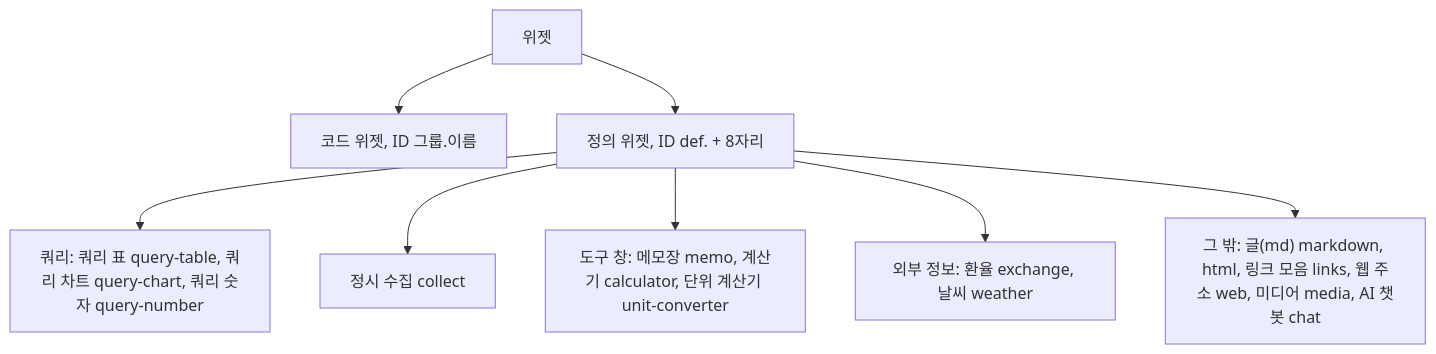
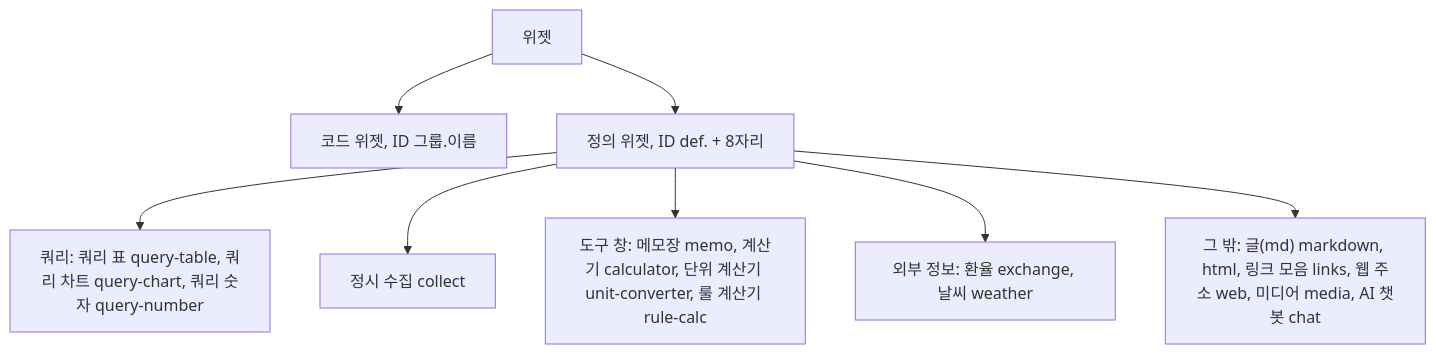
Before and after one commit to jongik-sv/dmes-standard: the first of 7 diagrams in docs/guide/FrontEnd/Widget-Authoring-Guide.md, drawn with Mermaid. The commit also changed other lines of this file, not shown here.

Commit message:
docs(widget): 위젯 만드는 방법에 룰 계산기·배치 옵션·화면 값 연결 추가 (H3)

````diff
--- a/docs/guide/FrontEnd/Widget-Authoring-Guide.md
+++ b/docs/guide/FrontEnd/Widget-Authoring-Guide.md
@@ -41,10 +42,10 @@
 ```mermaid
 flowchart TB
   W["위젯"] --> C["코드 위젯, ID 그룹.이름"]
   W --> D["정의 위젯, ID def. + 8자리"]
   D --> Q["쿼리: 쿼리 표 query-table, 쿼리 차트 query-chart, 쿼리 숫자 query-number"]
   D --> CL["정시 수집 collect"]
-  D --> F["도구 창: 메모장 memo, 계산기 calculator, 단위 계산기 unit-converter"]
+  D --> F["도구 창: 메모장 memo, 계산기 calculator, 단위 계산기 unit-converter, 룰 계산기 rule-calc"]
   D --> EX["외부 정보: 환율 exchange, 날씨 weather"]
   D --> O["그 밖: 글(md) markdown, html, 링크 모음 links, 웹 주소 web, 미디어 media, AI 챗봇 chat"]
 ```
````
